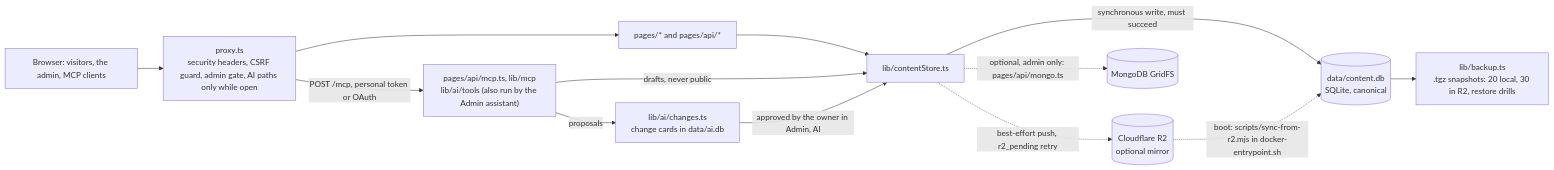
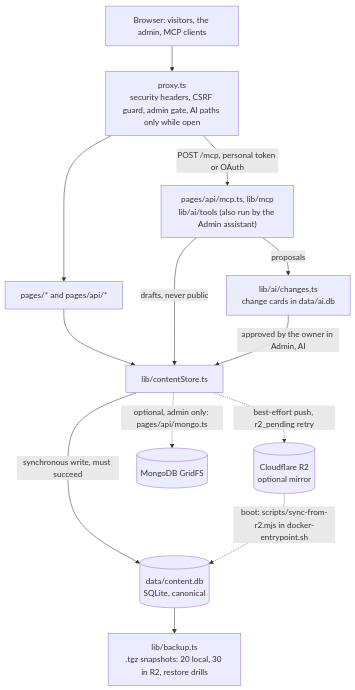
The diagram in README.md (hiko-server/portfolio-studio), drawn with Mermaid before and after one commit. The commit also changed other lines of this file and 5 other files, not shown here.

````diff
--- a/README.md
+++ b/README.md
@@ -114,15 +117,15 @@
 ```mermaid
-flowchart LR
+flowchart TD
   B["Browser: visitors, the admin, MCP clients"] --> P["proxy.ts<br/>security headers, CSRF guard, admin gate, AI paths only while open"]
   P --> W["pages/* and pages/api/*"]
   P -->|"POST /mcp, personal token or OAuth"| T["pages/api/mcp.ts, lib/mcp<br/>lib/ai/tools (also run by the Admin assistant)"]
   W --> S["lib/contentStore.ts"]
   T -->|"drafts, never public"| S
   T -->|"proposals"| Q["lib/ai/changes.ts<br/>change cards in data/ai.db"]
   Q -->|"approved by the owner in Admin, AI"| S
   S -->|"synchronous write, must succeed"| DB[("data/content.db<br/>SQLite, canonical")]
   S -.->|"best-effort push, r2_pending retry"| R2[("Cloudflare R2<br/>optional mirror")]
   R2 -.->|"boot: scripts/sync-from-r2.mjs in docker-entrypoint.sh"| DB
   S -.->|"optional, admin only: pages/api/mongo.ts"| G[("MongoDB GridFS")]
   DB --> K["lib/backup.ts<br/>.tgz snapshots: 20 local, 30 in R2, restore drills"]
 ```
````
